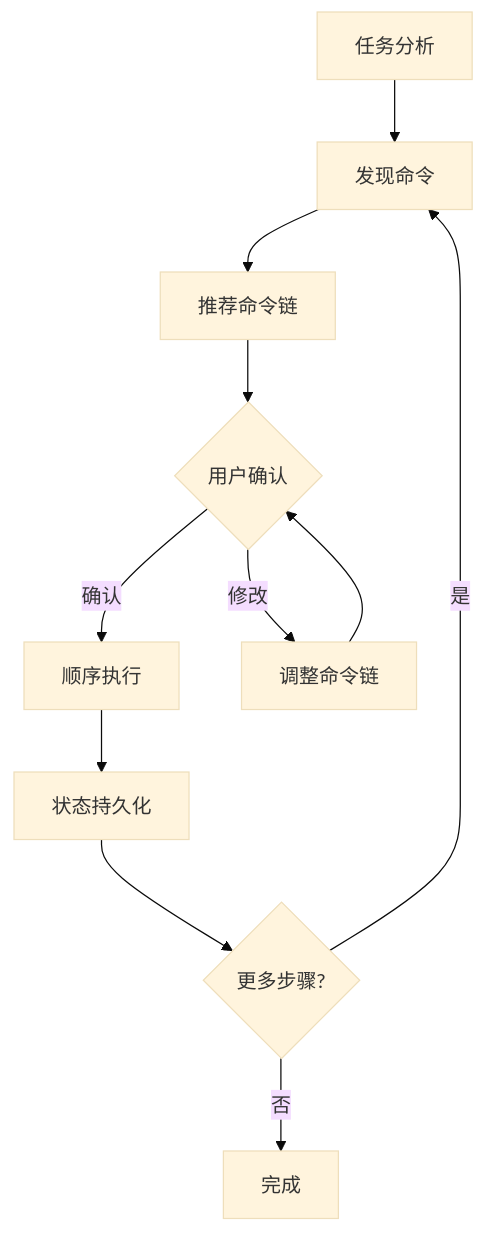
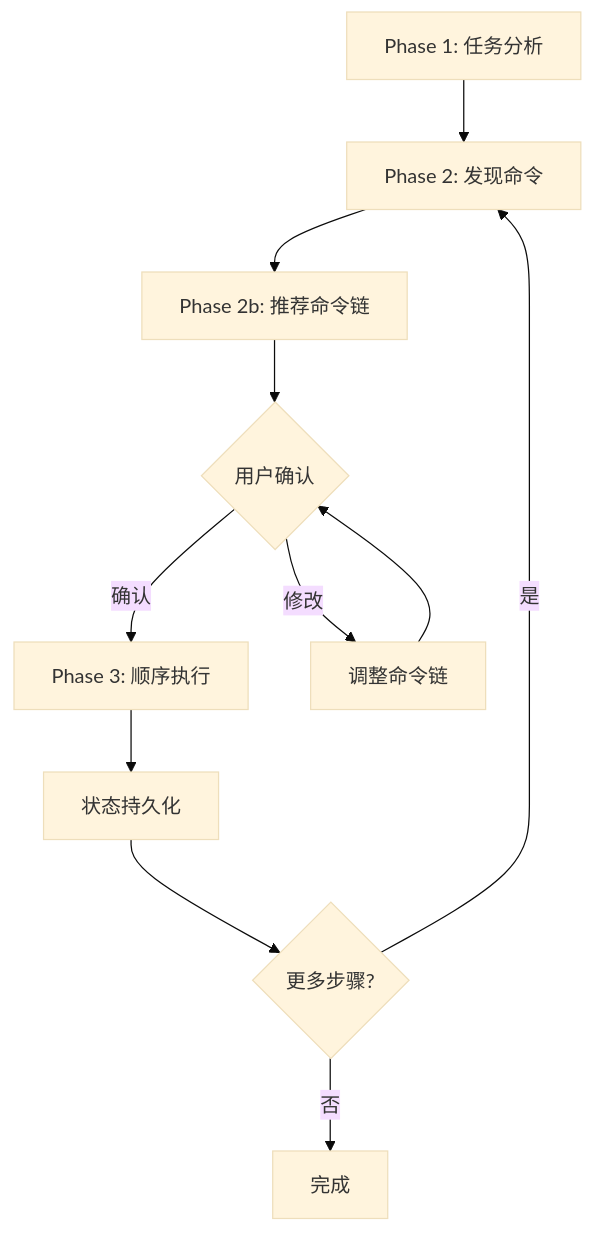
One commit to 74587/Claude-Code-Workflow changed the second of 2 diagrams in docs/zh/commands/claude/core-orchestration.md. Above: the diagram before and after it, drawn with Mermaid (base theme). The commit also changed other lines of this file and 58 other files, not shown here.

````diff
--- a/docs/zh/commands/claude/core-orchestration.md
+++ b/docs/zh/commands/claude/core-orchestration.md
@@ -103,13 +249,13 @@
 ```mermaid
 graph TD
-    A[任务分析] --> B[发现命令]
-    B --> C[推荐命令链]
+    A[Phase 1: 任务分析] --> B[Phase 2: 发现命令]
+    B --> C[Phase 2b: 推荐命令链]
     C --> D{用户确认}
-    D -->|确认| E[顺序执行]
+    D -->|确认| E[Phase 3: 顺序执行]
     D -->|修改| F[调整命令链]
     F --> D
     E --> G[状态持久化]
     G --> H{更多步骤?}
     H -->|是| B
     H -->|否| I[完成]
 ```
````
